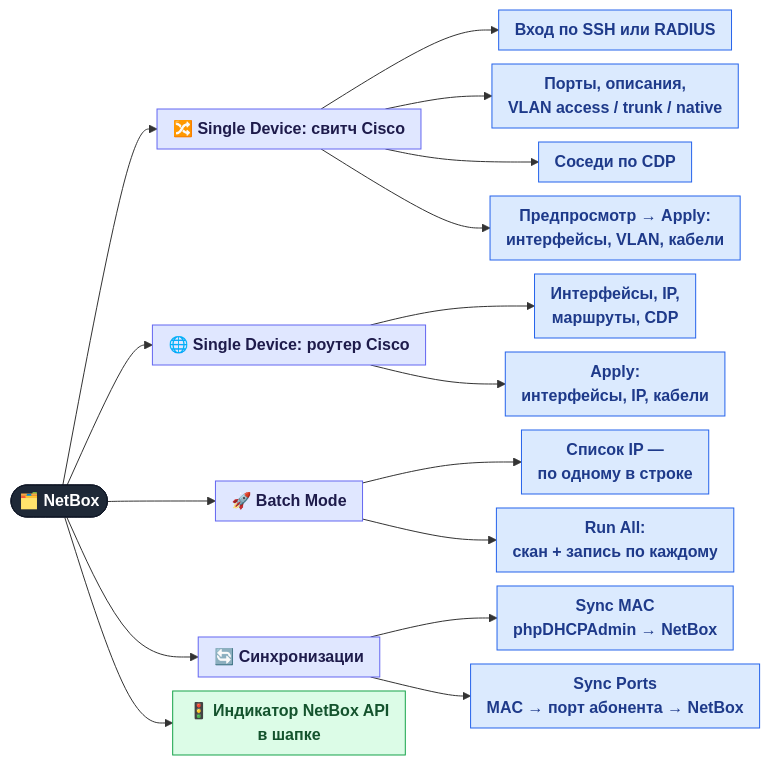
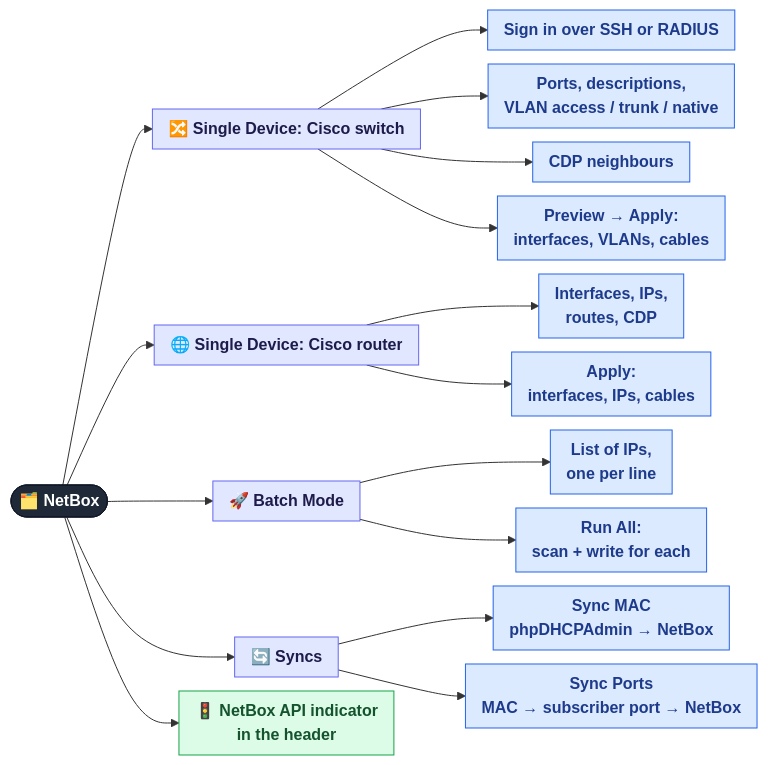
The diagram in docs/features/06-netbox.md (Madly222/MCPforMonitoring), drawn with Mermaid before and after one commit. The commit also changed other lines of this file and 37 other files, not shown here.

````diff
--- a/docs/features/06-netbox.md
+++ b/docs/features/06-netbox.md
@@ -15,30 +15,30 @@
 ```mermaid
 %%{init: {"flowchart": {"nodeSpacing": 14, "rankSpacing": 45, "curve": "basis", "padding": 8, "wrappingWidth": 260}}}%%
 flowchart LR
     ROOT(["🗂️ NetBox"]):::root
 
-    ROOT --> SW["🔀 Single Device: свитч Cisco"]:::group
-    SW --> SW0["Вход по SSH или RADIUS"]:::admin
-    SW --> SW1["Порты, описания,<br/>VLAN access / trunk / native"]:::admin
-    SW --> SW2["Соседи по CDP"]:::admin
-    SW --> SW3["Предпросмотр → Apply:<br/>интерфейсы, VLAN, кабели"]:::admin
+    ROOT --> SW["🔀 Single Device: Cisco switch"]:::group
+    SW --> SW0["Sign in over SSH or RADIUS"]:::admin
+    SW --> SW1["Ports, descriptions,<br/>VLAN access / trunk / native"]:::admin
+    SW --> SW2["CDP neighbours"]:::admin
+    SW --> SW3["Preview → Apply:<br/>interfaces, VLANs, cables"]:::admin
 
-    ROOT --> RT["🌐 Single Device: роутер Cisco"]:::group
-    RT --> RT1["Интерфейсы, IP,<br/>маршруты, CDP"]:::admin
-    RT --> RT2["Apply:<br/>интерфейсы, IP, кабели"]:::admin
+    ROOT --> RT["🌐 Single Device: Cisco router"]:::group
+    RT --> RT1["Interfaces, IPs,<br/>routes, CDP"]:::admin
+    RT --> RT2["Apply:<br/>interfaces, IPs, cables"]:::admin
 
     ROOT --> BATCH["🚀 Batch Mode"]:::group
-    BATCH --> B1["Список IP —<br/>по одному в строке"]:::admin
-    BATCH --> B2["Run All:<br/>скан + запись по каждому"]:::admin
+    BATCH --> B1["List of IPs,<br/>one per line"]:::admin
+    BATCH --> B2["Run All:<br/>scan + write for each"]:::admin
 
-    ROOT --> SYNC["🔄 Синхронизации"]:::group
+    ROOT --> SYNC["🔄 Syncs"]:::group
     SYNC --> Y1["Sync MAC<br/>phpDHCPAdmin → NetBox"]:::admin
-    SYNC --> Y2["Sync Ports<br/>MAC → порт абонента → NetBox"]:::admin
+    SYNC --> Y2["Sync Ports<br/>MAC → subscriber port → NetBox"]:::admin
 
-    ROOT --> HB["🚦 Индикатор NetBox API<br/>в шапке"]:::all
+    ROOT --> HB["🚦 NetBox API indicator<br/>in the header"]:::all
 
     classDef root  fill:#1f2937,stroke:#111827,color:#ffffff,font-weight:bold
     classDef group fill:#e0e7ff,stroke:#6366f1,color:#1e1b4b,font-weight:bold
     classDef all   fill:#dcfce7,stroke:#16a34a,color:#14532d
     classDef admin fill:#dbeafe,stroke:#2563eb,color:#1e3a8a
 ```
````
